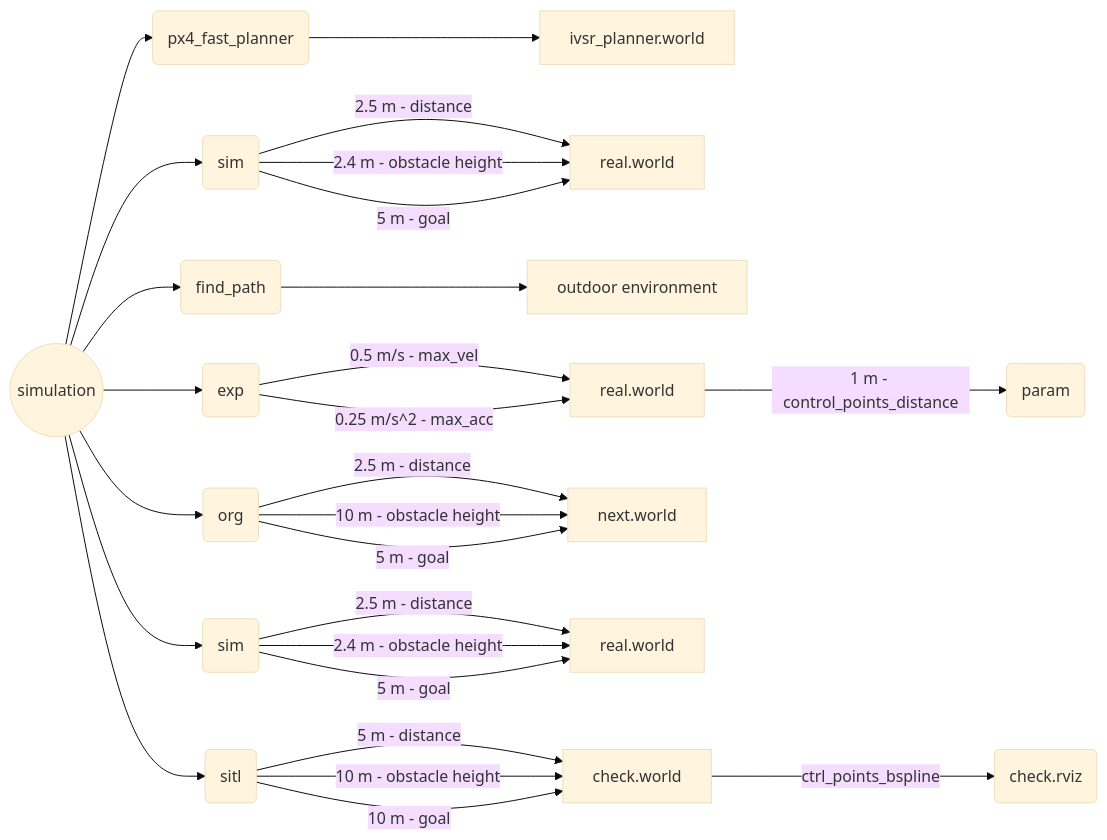
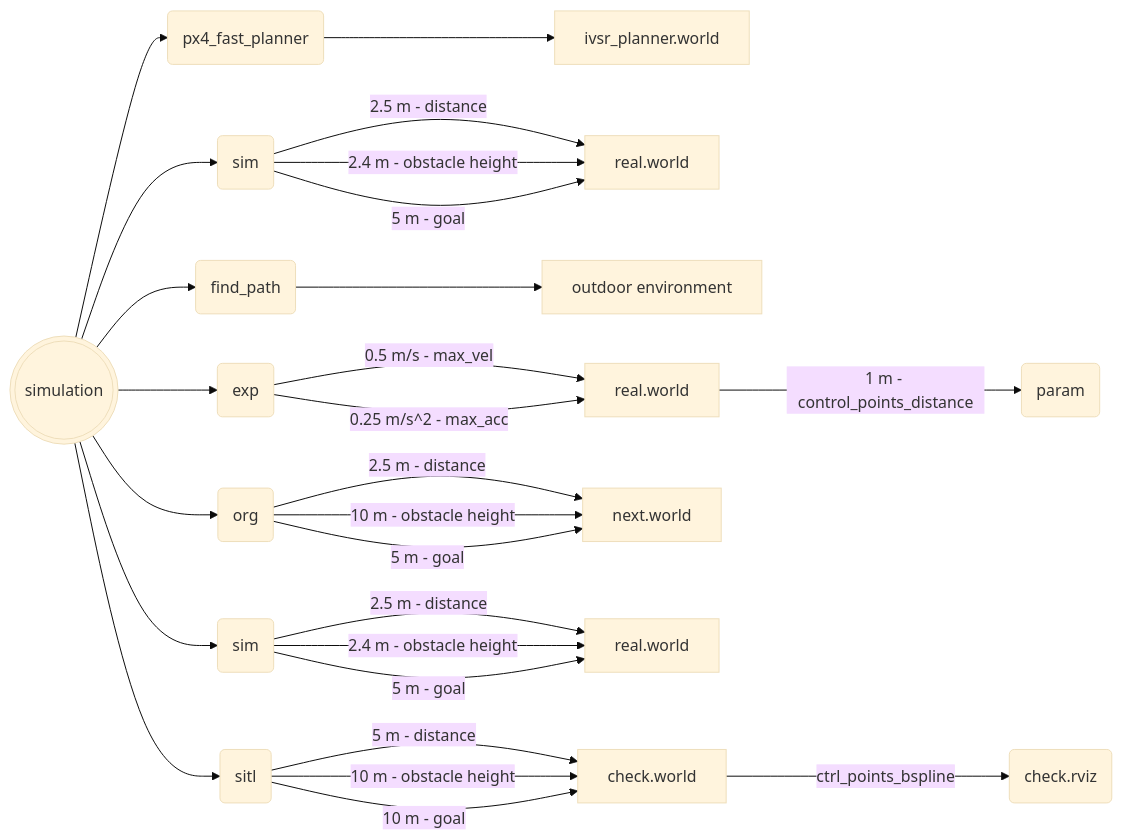
Before and after one commit to Dieptranivsr/drone_extend: the second of 4 diagrams in sp_code/system.md, drawn with Mermaid (base theme).

````diff
--- a/sp_code/system.md
+++ b/sp_code/system.md
@@ -8,29 +8,29 @@
 ```mermaid
 flowchart LR 
 
-A((simulation)) --> B(px4_fast_planner)
+A(((simulation))) --> B(px4_fast_planner)
 B --> C[ivsr_planner.world]
 A --> D(sim)
 D -->|2.5 m - distance| E[real.world]
 D -->|2.4 m - obstacle height| E
 D -->|5 m - goal| E
 A --> F(find_path)
 F --> G[outdoor environment]
 A --> H(exp)
 H -->|0.5 m/s - max_vel| I[real.world]
 H -->|0.25 m/s^2 - max_acc| I
 I -->|1 m - control_points_distance| II(param)
 A --> J(org)
 J -->|2.5 m - distance| K[next.world]
 J -->|10 m - obstacle height| K
 J -->|5 m - goal| K
 A --> L(sim)
 L -->|2.5 m - distance| LL[real.world]
 L -->|2.4 m - obstacle height| LL
 L -->|5 m - goal| LL
 A --> M(sitl)
 M -->|5 m - distance| N[check.world]
 M -->|10 m - obstacle height| N
 M -->|10 m - goal| N
 N -->|ctrl_points_bspline| NN(check.rviz)
 ```
````
